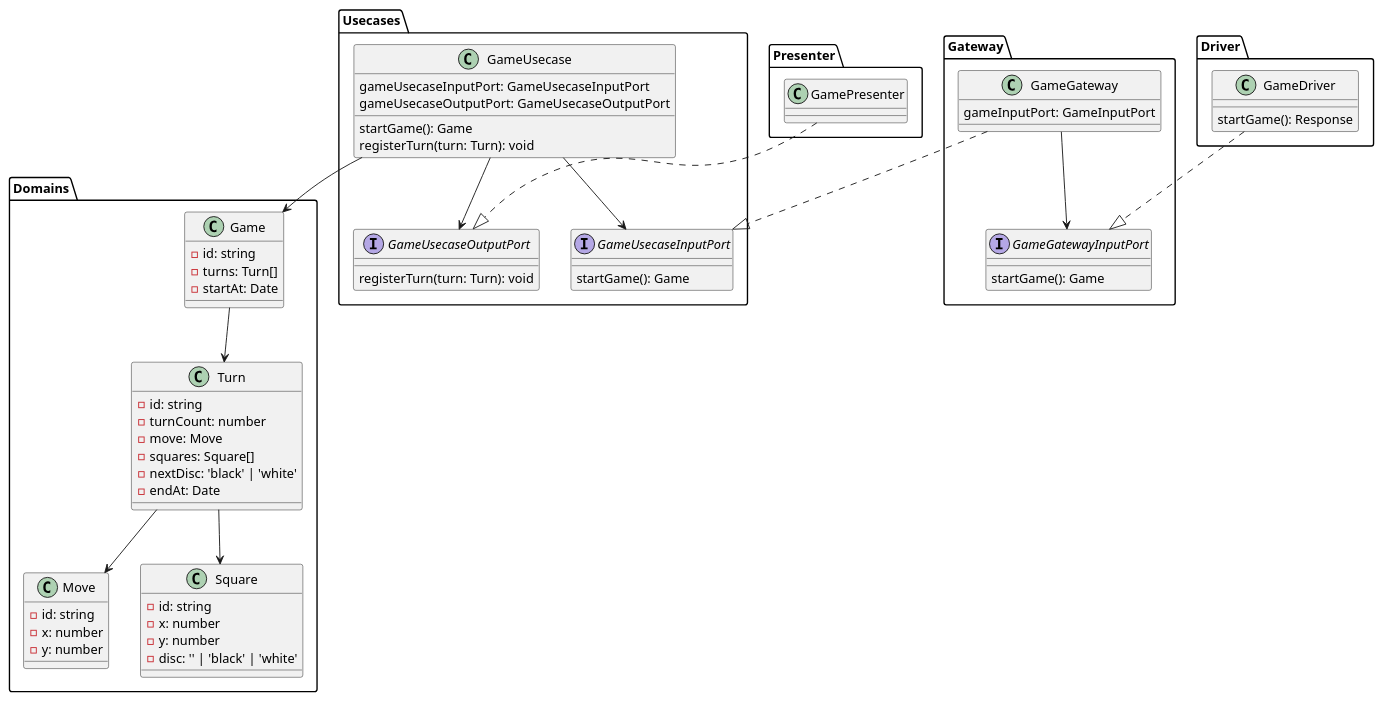
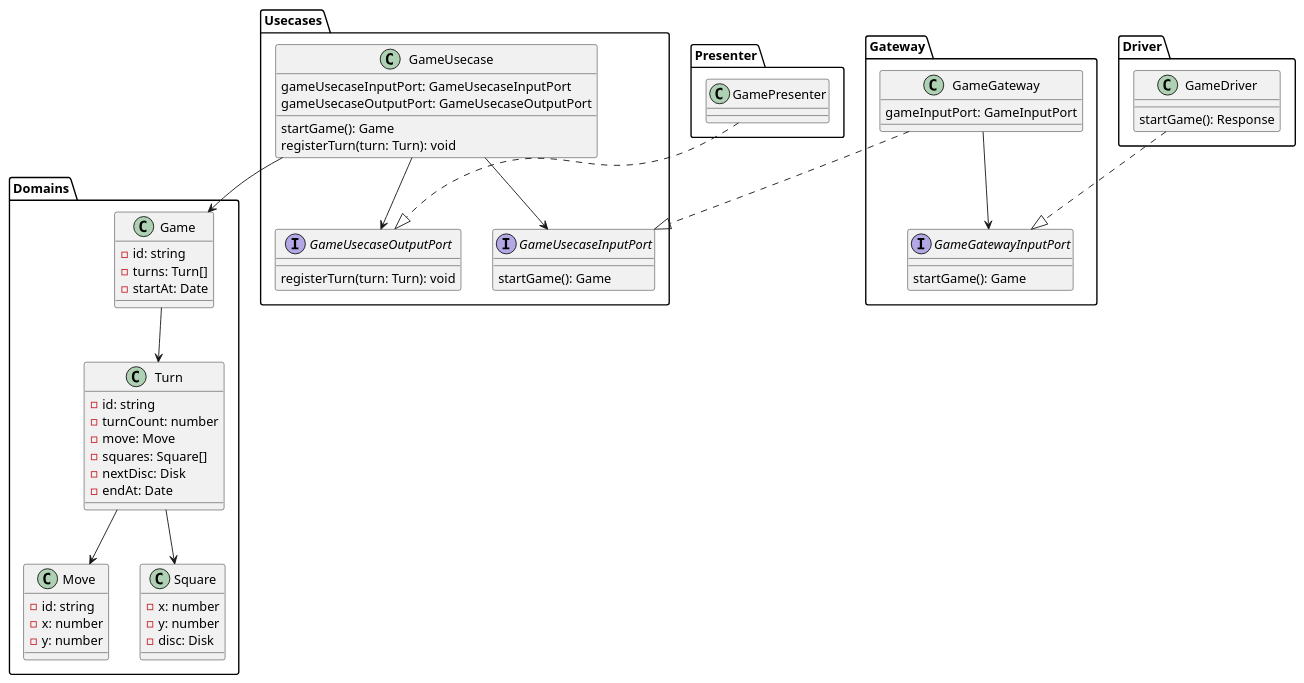
Before and after one commit to maaaashi/ReversiWithChatGPT: the diagram in docs/ClassDiagram.pu, drawn with PlantUML.

Commit message:
ClassDiagram.pu を更新

```diff
--- a/docs/ClassDiagram.pu
+++ b/docs/ClassDiagram.pu
@@ -1,86 +1,85 @@
 @startuml ClassDiagram
 
 package Domains {
   class Game {
     -id: string
     -turns: Turn[]
     -startAt: Date
   }
 
   class Turn {
     -id: string
     -turnCount: number
     -move: Move
     -squares: Square[]
-    -nextDisc: 'black' | 'white'
+    -nextDisc: Disk
     -endAt: Date
   }
 
   class Move {
     -id: string
     -x: number
     -y: number
   }
 
   class Square {
-    -id: string
     -x: number
     -y: number
-    -disc: '' | 'black' | 'white'
+    -disc: Disk
   }
 
   Game --> Turn
   Turn --> Move
   Turn --> Square
 }
 
 package Usecases {
   class GameUsecase {
     gameUsecaseInputPort: GameUsecaseInputPort
     gameUsecaseOutputPort: GameUsecaseOutputPort
     startGame(): Game
     registerTurn(turn: Turn): void
   }
 
   interface GameUsecaseInputPort {
     startGame(): Game
   }
 
   interface GameUsecaseOutputPort {
     registerTurn(turn: Turn): void
   }
 
   GameUsecase --> Game
   GameUsecase --> GameUsecaseInputPort
   GameUsecase --> GameUsecaseOutputPort
 }
 
 package Gateway {
   class GameGateway {
     gameInputPort: GameInputPort
   }
 
   interface GameGatewayInputPort {
     startGame(): Game
   }
 
   GameGateway --> GameGatewayInputPort
   GameGateway ..|> GameUsecaseInputPort
 }
 
 package Driver {
   class GameDriver {
     startGame(): Response
   }
   GameDriver ..|> GameGatewayInputPort
 }
 
 package Presenter {
   class GamePresenter {
 
   }
 
   GamePresenter ..|> GameUsecaseOutputPort
 }
 
 @enduml
```
